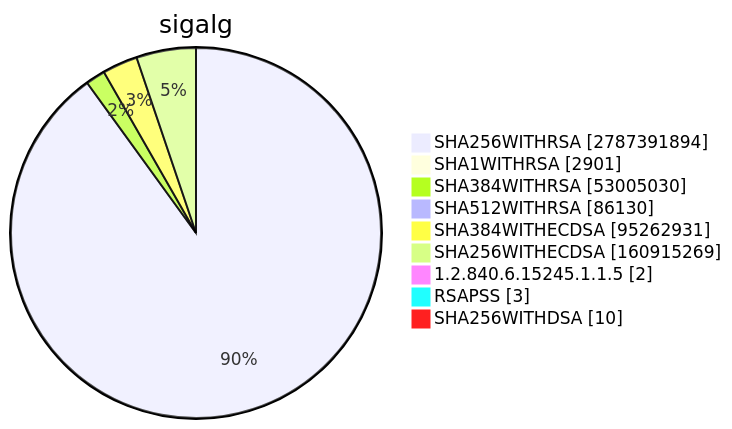
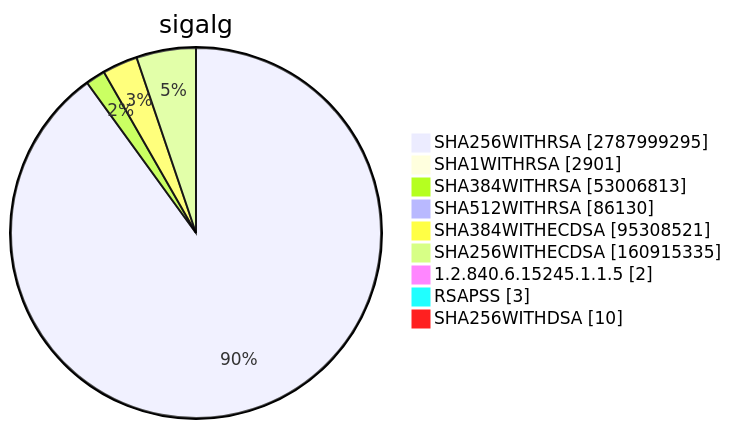
Diagram 15 of 15 in TOTAL/README.md (christiankrug/ctmonitor_visualization), drawn with Mermaid before and after one commit. The commit also changed other lines of this file, not shown here.

````diff
--- a/TOTAL/README.md
+++ b/TOTAL/README.md
@@ -6207,13 +6207,13 @@
 ```mermaid
 pie showData
 title sigalg
-"SHA256WITHRSA" :2787391894
+"SHA256WITHRSA" :2787999295
 "SHA1WITHRSA" :2901
-"SHA384WITHRSA" :53005030
+"SHA384WITHRSA" :53006813
 "SHA512WITHRSA" :86130
-"SHA384WITHECDSA" :95262931
-"SHA256WITHECDSA" :160915269
+"SHA384WITHECDSA" :95308521
+"SHA256WITHECDSA" :160915335
 "1.2.840.6.15245.1.1.5" :2
 "RSAPSS" :3
 "SHA256WITHDSA" :10
 ```
````
